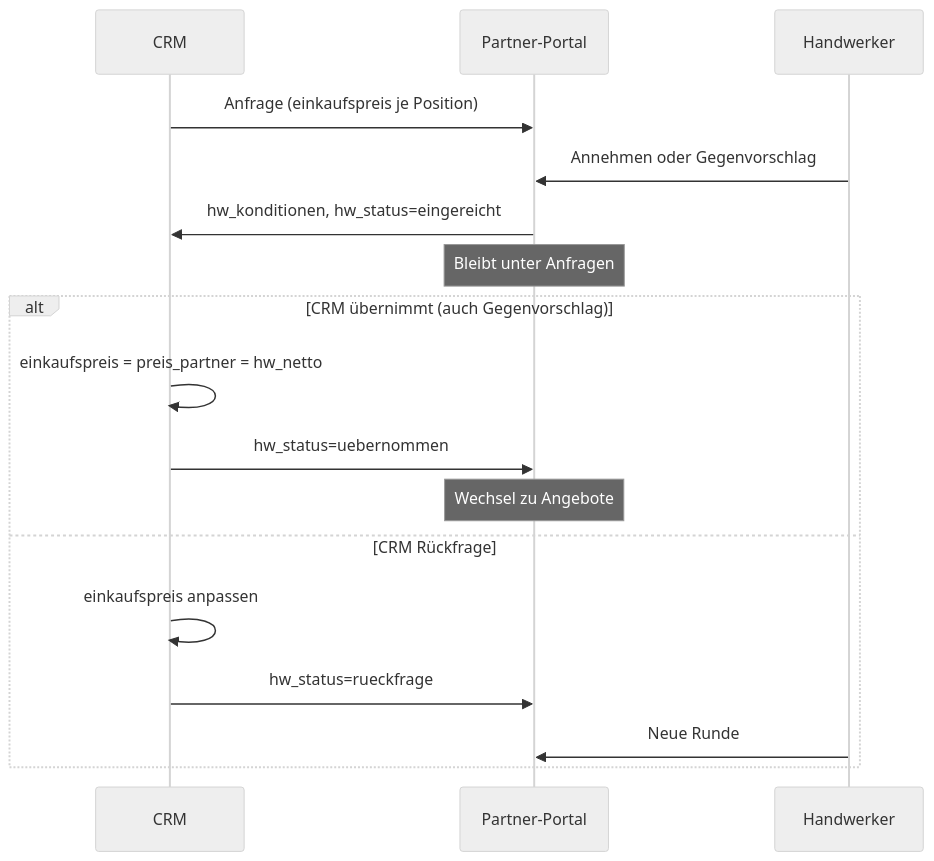
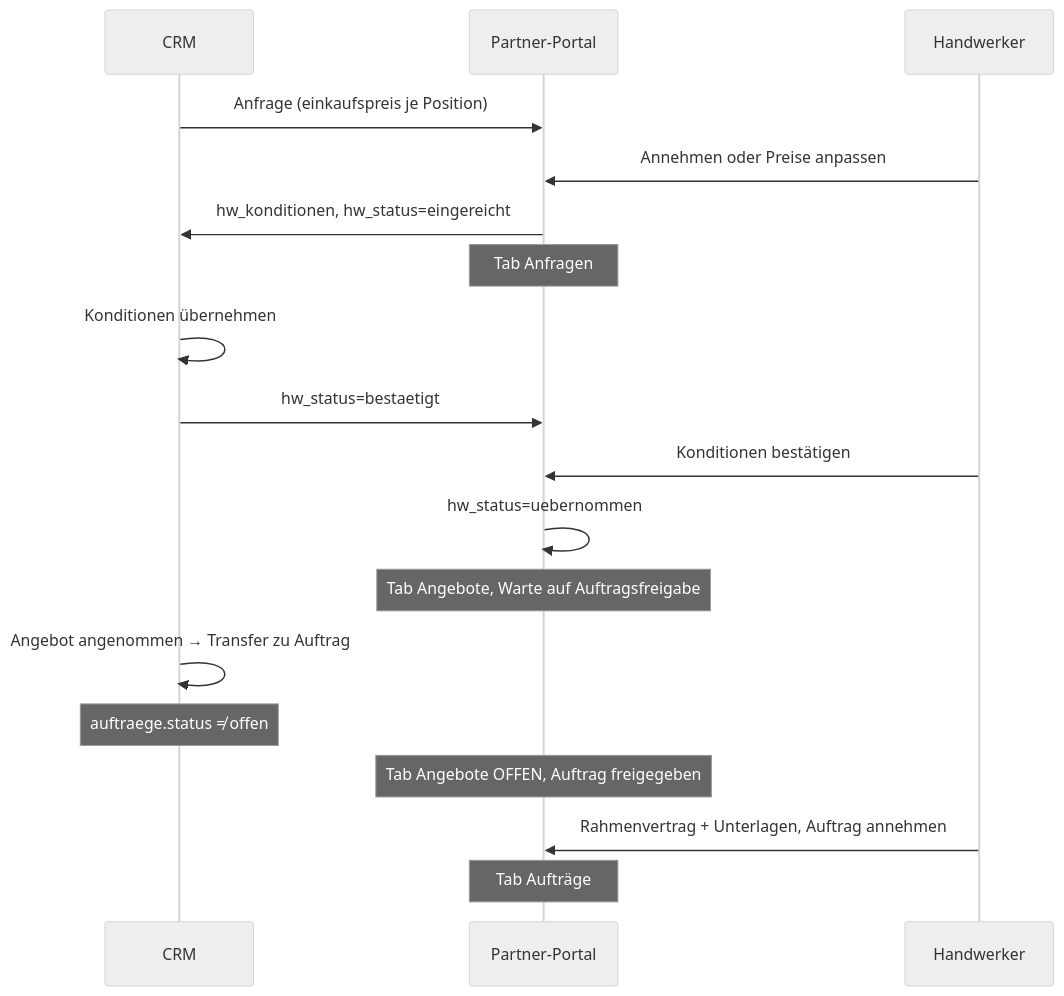
Before and after one commit to masdjedibelal-dotcom/baerenwald: the diagram in docs/KONDITIONEN_CRM_HANDOFF.md, drawn with Mermaid (neutral theme). The commit also changed other lines of this file and 19 other files, not shown here.

````diff
--- a/docs/KONDITIONEN_CRM_HANDOFF.md
+++ b/docs/KONDITIONEN_CRM_HANDOFF.md
@@ -242,21 +246,24 @@
 ```mermaid
 sequenceDiagram
   participant CRM
   participant Portal as Partner-Portal
   participant HW as Handwerker
 
   CRM->>Portal: Anfrage (einkaufspreis je Position)
-  HW->>Portal: Annehmen oder Gegenvorschlag
+  HW->>Portal: Annehmen oder Preise anpassen
   Portal->>CRM: hw_konditionen, hw_status=eingereicht
-  Note over Portal: Bleibt unter Anfragen
+  Note over Portal: Tab Anfragen
 
-  alt CRM übernimmt (auch Gegenvorschlag)
-    CRM->>CRM: einkaufspreis = preis_partner = hw_netto
-    CRM->>Portal: hw_status=uebernommen
-    Note over Portal: Wechsel zu Angebote
-  else CRM Rückfrage
-    CRM->>CRM: einkaufspreis anpassen
-    CRM->>Portal: hw_status=rueckfrage
-    HW->>Portal: Neue Runde
-  end
+  CRM->>CRM: Konditionen übernehmen
+  CRM->>Portal: hw_status=bestaetigt
+  HW->>Portal: Konditionen bestätigen
+  Portal->>Portal: hw_status=uebernommen
+  Note over Portal: Tab Angebote, Warte auf Auftragsfreigabe
+
+  CRM->>CRM: Angebot angenommen → Transfer zu Auftrag
+  Note over CRM: auftraege.status ≠ offen
+  Note over Portal: Tab Angebote OFFEN, Auftrag freigegeben
+
+  HW->>Portal: Rahmenvertrag + Unterlagen, Auftrag annehmen
+  Note over Portal: Tab Aufträge
 ```
````
